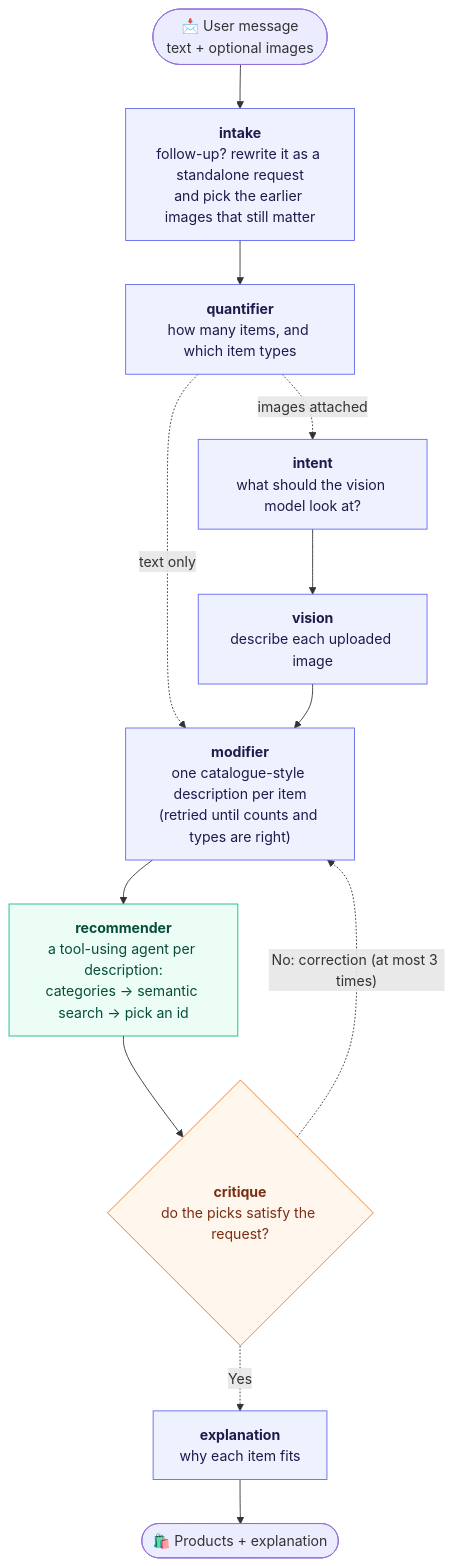
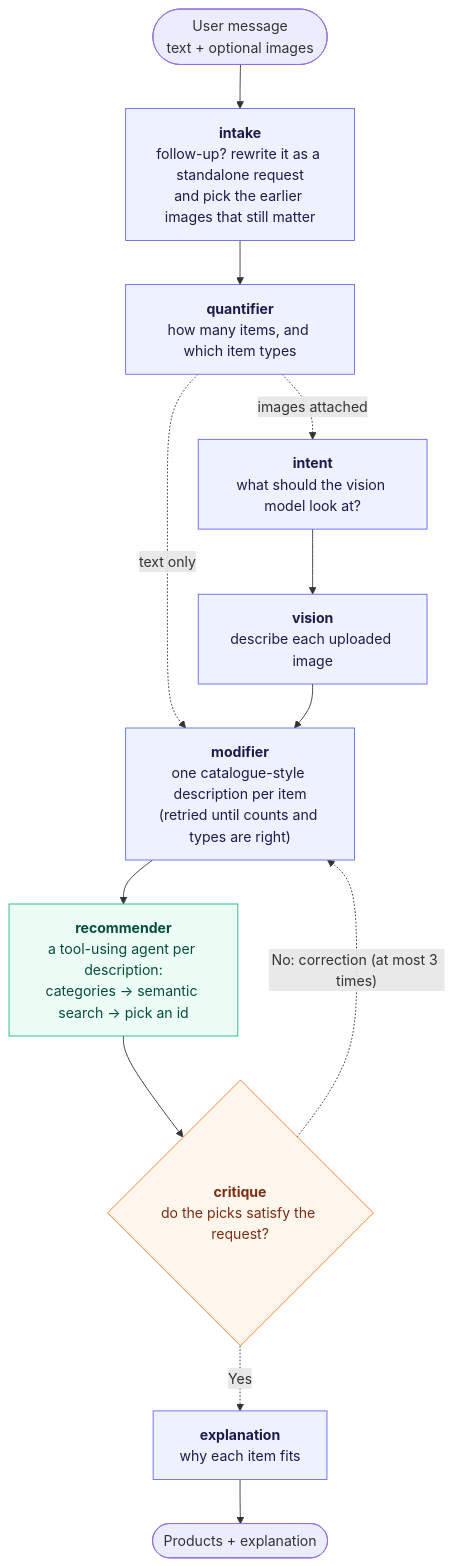
The first of 2 diagrams in README.md (TheDansmod/fashion_mas), drawn with Mermaid before and after one commit. The commit also changed other lines of this file, not shown here.

````diff
--- a/README.md
+++ b/README.md
@@ -46,29 +46,29 @@
 ```mermaid
 flowchart TD
-    IN(["📩 User message<br/>text + optional images"]) --> intake
+    IN(["User message<br/>text + optional images"]) --> intake
 
     intake["<b>intake</b><br/>follow-up? rewrite it as a standalone request<br/>and pick the earlier images that still matter"]
     quantifier["<b>quantifier</b><br/>how many items, and which item types"]
     intent["<b>intent</b><br/>what should the vision model look at?"]
     vision["<b>vision</b><br/>describe each uploaded image"]
     modifier["<b>modifier</b><br/>one catalogue-style description per item<br/>(retried until counts and types are right)"]
     recommender["<b>recommender</b><br/>a tool-using agent per description:<br/>categories → semantic search → pick an id"]
     critique{"<b>critique</b><br/>do the picks satisfy the request?"}
     explanation["<b>explanation</b><br/>why each item fits"]
 
     intake --> quantifier
     quantifier -. "images attached" .-> intent
     quantifier -. "text only" .-> modifier
     intent --> vision --> modifier
     modifier --> recommender --> critique
     critique -. "No: correction (at most 3 times)" .-> modifier
     critique -. "Yes" .-> explanation
-    explanation --> OUT(["🛍️ Products + explanation"])
+    explanation --> OUT(["Products + explanation"])
 
     classDef llm fill:#eef2ff,stroke:#6366f1,color:#1e1b4b
     classDef tool fill:#ecfdf5,stroke:#10b981,color:#064e3b
     classDef gate fill:#fff7ed,stroke:#f97316,color:#7c2d12
     class intake,quantifier,intent,vision,modifier,explanation llm
     class recommender tool
     class critique gate
 ```
````
